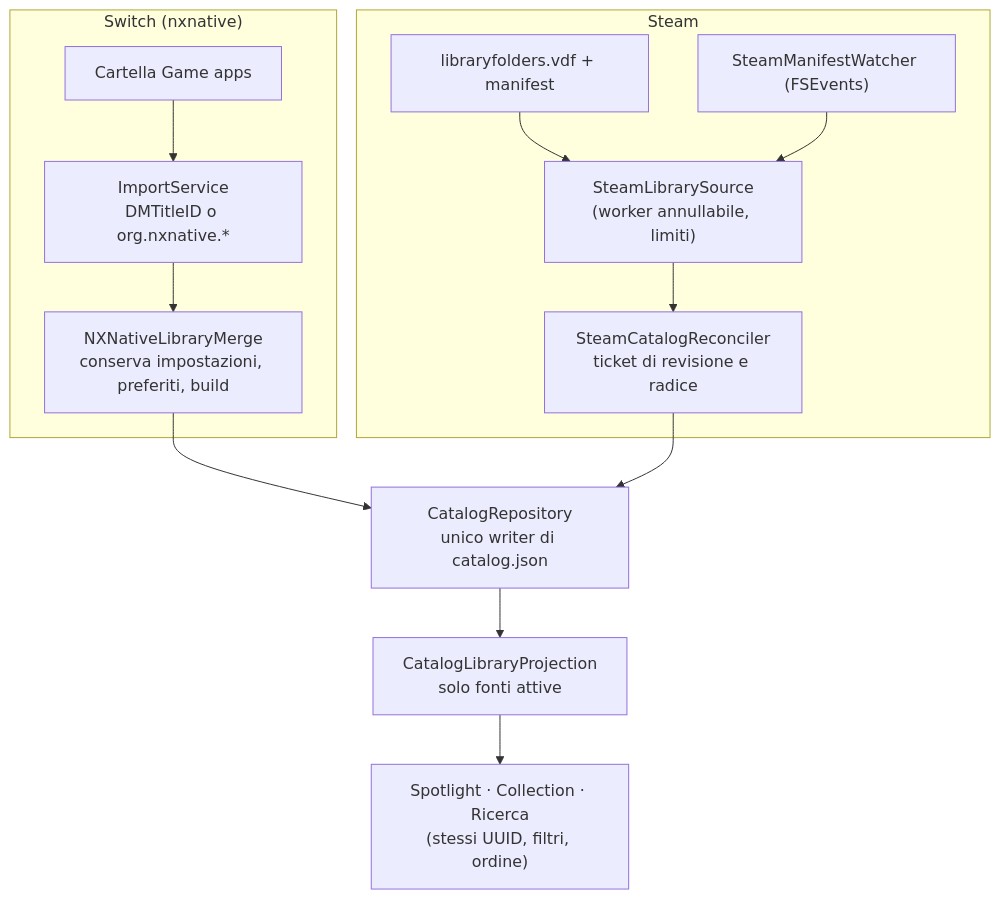
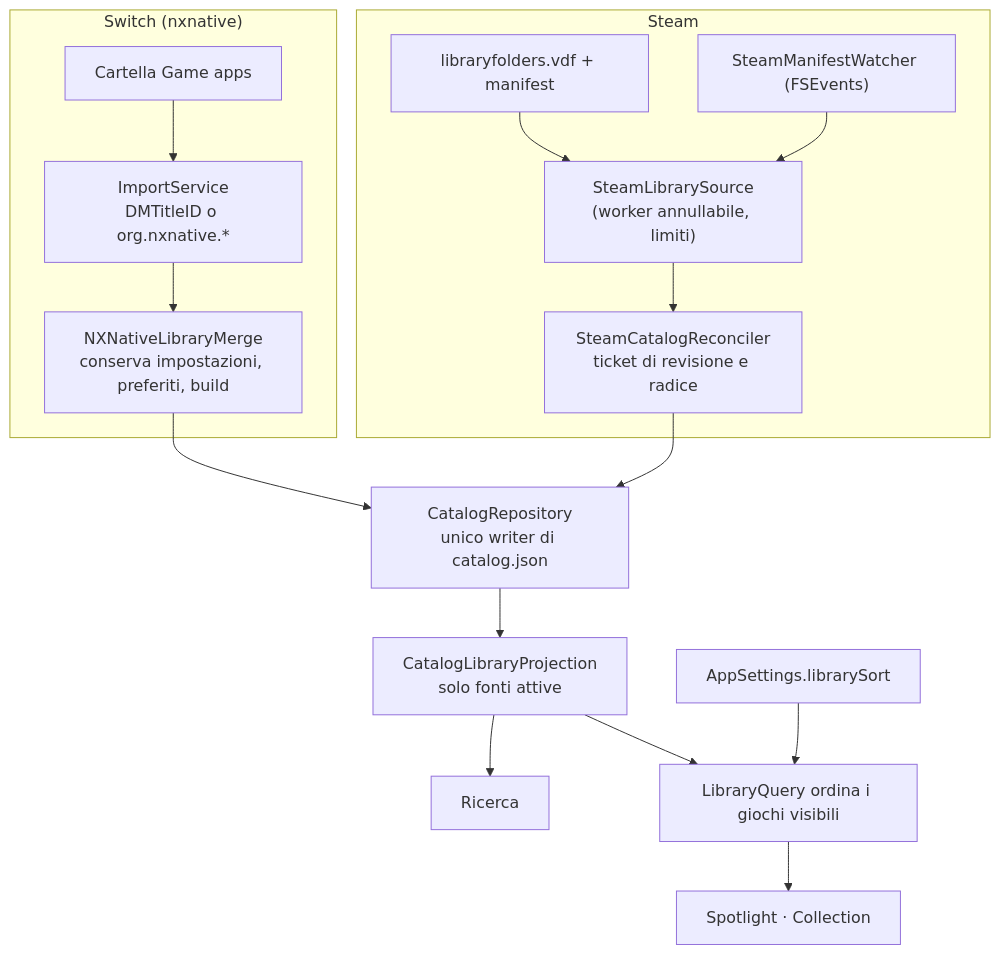
One commit to sofianbll/NxLibrary changed the second of 9 diagrams in docs/how-it-works/flows.md. Above: the diagram before and after it, drawn with Mermaid. The commit also changed other lines of this file and 23 other files, not shown here.

````diff
--- a/docs/how-it-works/flows.md
+++ b/docs/how-it-works/flows.md
@@ -49,16 +49,19 @@
 ```mermaid
 flowchart TD
     subgraph NX["Switch (nxnative)"]
         N1["Cartella Game apps"] --> N2["ImportService<br/>DMTitleID o org.nxnative.*"]
         N2 --> N3["NXNativeLibraryMerge<br/>conserva impostazioni, preferiti, build"]
     end
     subgraph ST["Steam"]
         S1["libraryfolders.vdf + manifest"] --> S2["SteamLibrarySource<br/>(worker annullabile, limiti)"]
         S2 --> S3["SteamCatalogReconciler<br/>ticket di revisione e radice"]
         S4["SteamManifestWatcher (FSEvents)"] --> S2
     end
     N3 --> W["CatalogRepository<br/>unico writer di catalog.json"]
     S3 --> W
     W --> P["CatalogLibraryProjection<br/>solo fonti attive"]
-    P --> V["Spotlight · Collection · Ricerca<br/>(stessi UUID, filtri, ordine)"]
+    P --> S["Ricerca"]
+    P --> H["LibraryQuery ordina i giochi visibili"]
+    Q["AppSettings.librarySort"] --> H
+    H --> V["Spotlight · Collection"]
 ```
````
